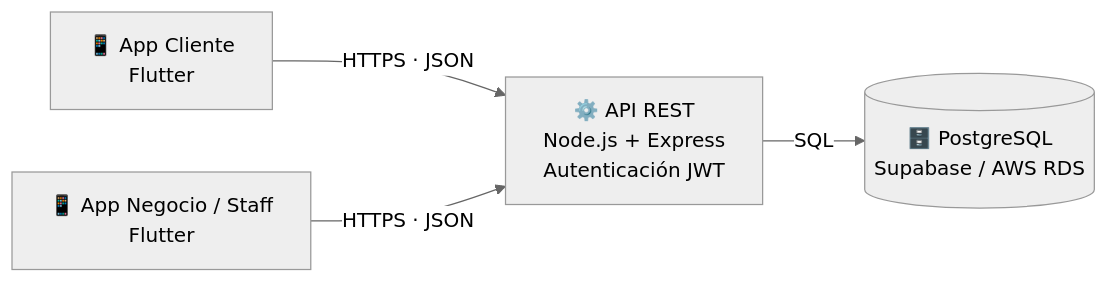
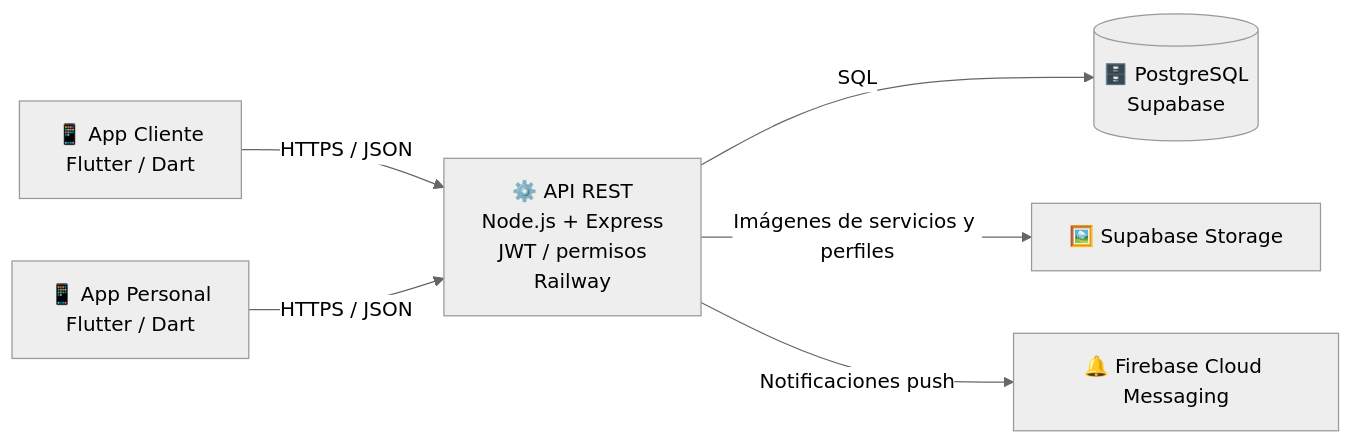
Before and after one commit to GenesisCampos100/APP_MOVIL_SPA: the first of 2 diagrams in README.md, drawn with Mermaid (neutral theme). The commit also changed other lines of this file, not shown here.

````diff
--- a/README.md
+++ b/README.md
@@ -52,6 +84,8 @@
 ```mermaid
 flowchart LR
-    A["📱 App Cliente<br/>Flutter"] -->|HTTPS · JSON| C
-    B["📱 App Negocio / Staff<br/>Flutter"] -->|HTTPS · JSON| C
-    C["⚙️ API REST<br/>Node.js + Express<br/>Autenticación JWT"] -->|SQL| D[("🗄️ PostgreSQL<br/>Supabase / AWS RDS")]
+    C["📱 App Cliente<br/>Flutter / Dart"] -->|HTTPS / JSON| API
+    P["📱 App Personal<br/>Flutter / Dart"] -->|HTTPS / JSON| API
+    API["⚙️ API REST<br/>Node.js + Express<br/>JWT / permisos<br/>Railway"] -->|SQL| DB[("🗄️ PostgreSQL<br/>Supabase")]
+    API -->|Imágenes de servicios y perfiles| ST["🖼️ Supabase Storage"]
+    API -->|Notificaciones push| FCM["🔔 Firebase Cloud Messaging"]
 ```
````
